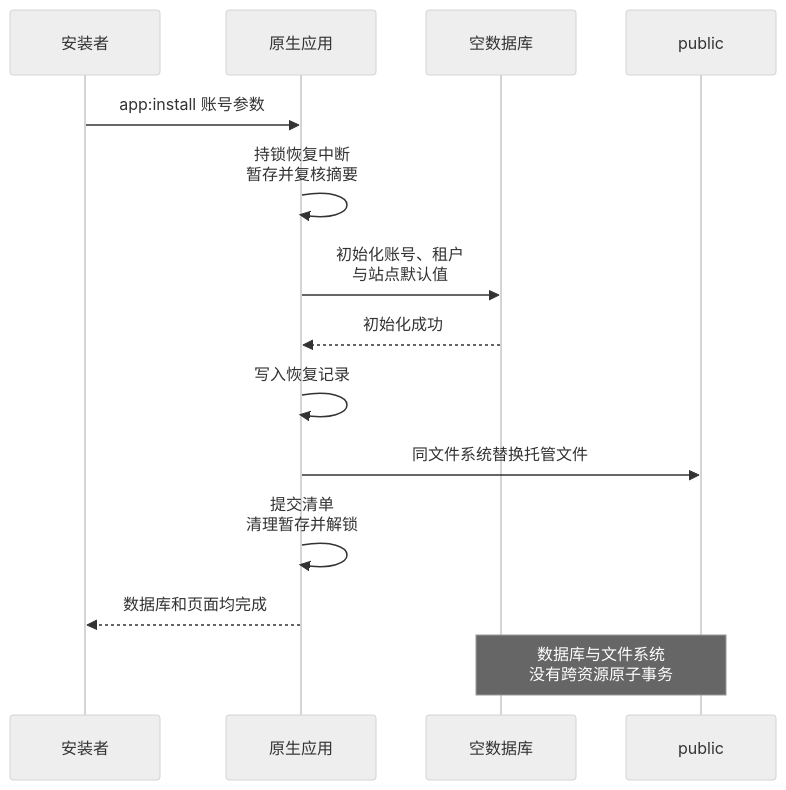
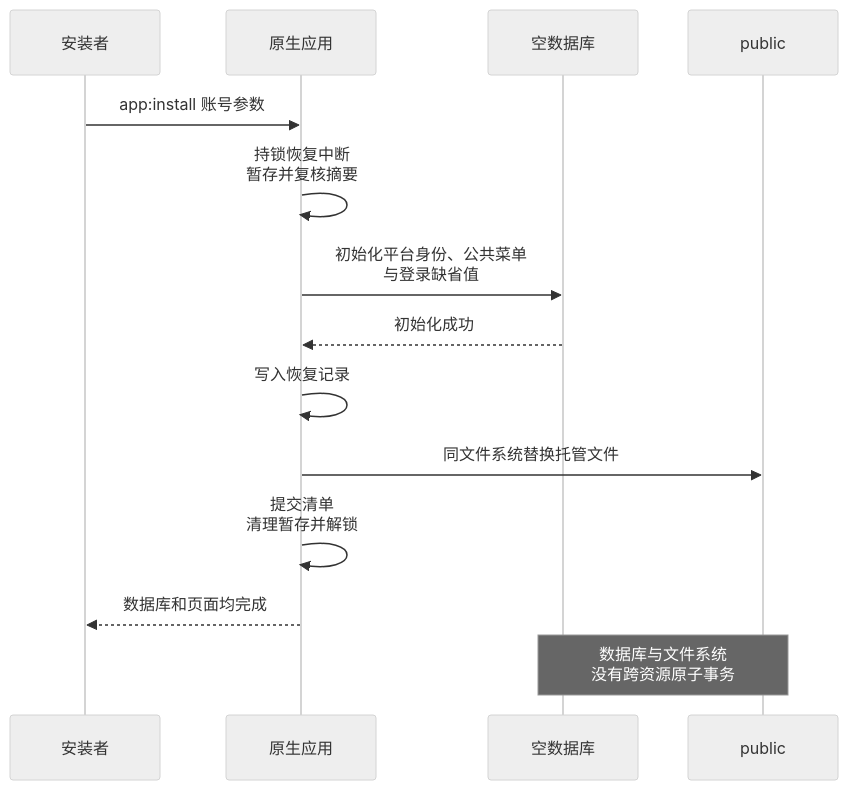
The third of 4 diagrams in docs/guide/deployment.md (zoujingli/typeapp), drawn with Mermaid (neutral theme) before and after one commit. The commit also changed other lines of this file and 1518 other files, not shown here.

````diff
--- a/docs/guide/deployment.md
+++ b/docs/guide/deployment.md
@@ -213,16 +212,16 @@
 ```mermaid
 sequenceDiagram
   participant Operator as 安装者
   participant App as 原生应用
   participant DB as 空数据库
   participant Public as public
   Operator->>App: app:install 账号参数
   App->>App: 持锁恢复中断<br/>暂存并复核摘要
-  App->>DB: 初始化账号、租户<br/>与站点默认值
+  App->>DB: 初始化平台身份、公共菜单<br/>与登录缺省值
   DB-->>App: 初始化成功
   App->>App: 写入恢复记录
   App->>Public: 同文件系统替换托管文件
   App->>App: 提交清单<br/>清理暂存并解锁
   App-->>Operator: 数据库和页面均完成
   Note over DB,Public: 数据库与文件系统<br/>没有跨资源原子事务
 ```
````
